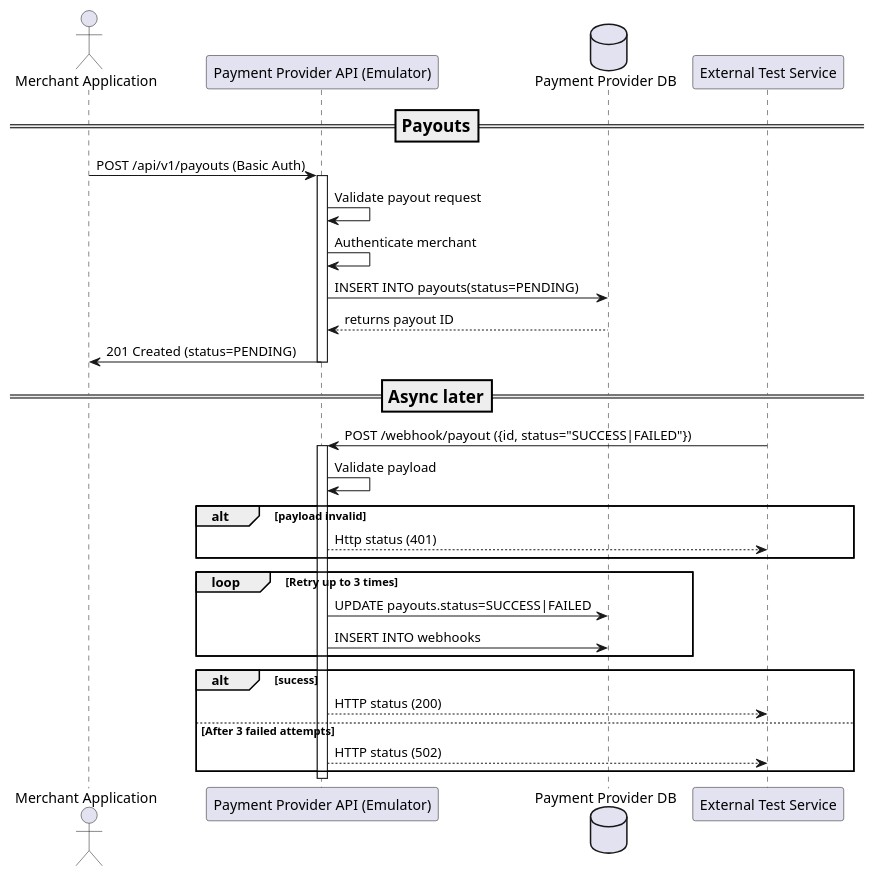
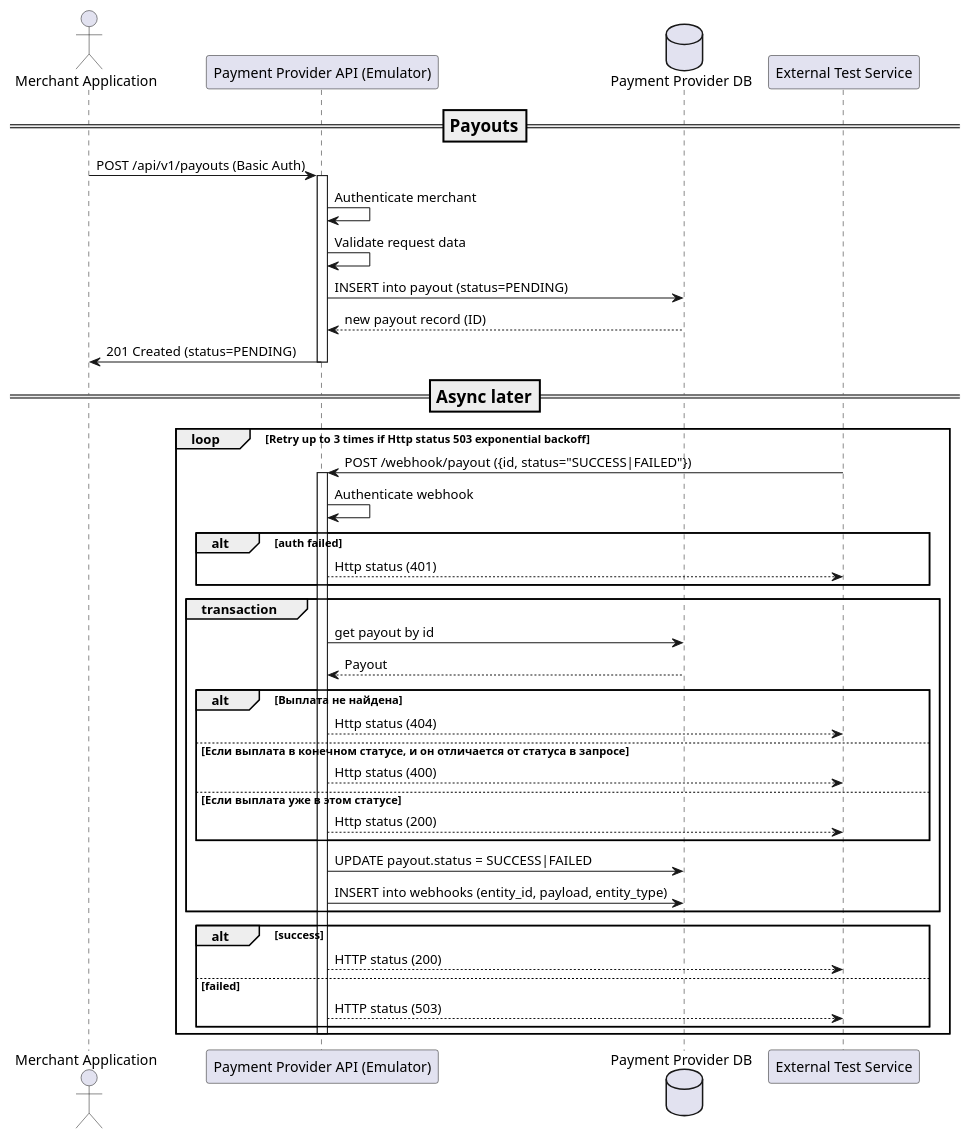
One commit to diamam90/payment-system changed the diagram in diagram/emulator-payouts.puml. Above: the diagram before and after it, drawn with PlantUML. The commit also changed 11 other files, not shown here.

```diff
--- a/diagram/emulator-payouts.puml
+++ b/diagram/emulator-payouts.puml
@@ -1,34 +1,47 @@
 @startuml
 actor MerchantApp as "Merchant Application"
 participant API as "Payment Provider API (Emulator)"
 database DB as "Payment Provider DB"
 participant ExtNet as "External Test Service"
-
 === Payouts ==
 MerchantApp -> API: POST /api/v1/payouts (Basic Auth)
 activate API
-  API -> API: Validate payout request
   API -> API: Authenticate merchant
-  API -> DB: INSERT INTO payouts(status=PENDING)
-  API <-- DB: returns payout ID
+  API -> API: Validate request data
+  API -> DB: INSERT into payout (status=PENDING)
+  API <-- DB: new payout record (ID)
   API -> MerchantApp: 201 Created (status=PENDING)
 deactivate API
 
 === Async later ==
+
+loop Retry up to 3 times if Http status 503 exponential backoff
 ExtNet -> API: POST /webhook/payout ({id, status="SUCCESS|FAILED"})
+
 activate API
-    API -> API: Validate payload
-    alt payload invalid
-        API --> ExtNet: Http status (401)
+
+API -> API: Authenticate webhook
+alt auth failed
+    API --> ExtNet: Http status (401)
+end
+group transaction
+    API -> DB: get payout by id
+    DB --> API: Payout
+    alt Выплата не найдена
+        API --> ExtNet: Http status (404)
+    else Если выплата в конечном статусе, и он отличается от статуса в запросе
+        API --> ExtNet: Http status (400)
+    else Если выплата уже в этом статусе
+        API --> ExtNet: Http status (200)
     end
-    loop Retry up to 3 times
-        API -> DB: UPDATE payouts.status=SUCCESS|FAILED
-        API -> DB: INSERT INTO webhooks
-    end
-    alt sucess
-          API --> ExtNet: HTTP status (200)
-    else After 3 failed attempts
-     API --> ExtNet: HTTP status (502)
-    end
+    API -> DB: UPDATE payout.status = SUCCESS|FAILED
+    API -> DB: INSERT into webhooks (entity_id, payload, entity_type)
+end
+alt success
+    API --> ExtNet: HTTP status (200)
+else  failed
+    API --> ExtNet: HTTP status (503)
+end
 deactivate API
+end
 @enduml
```
